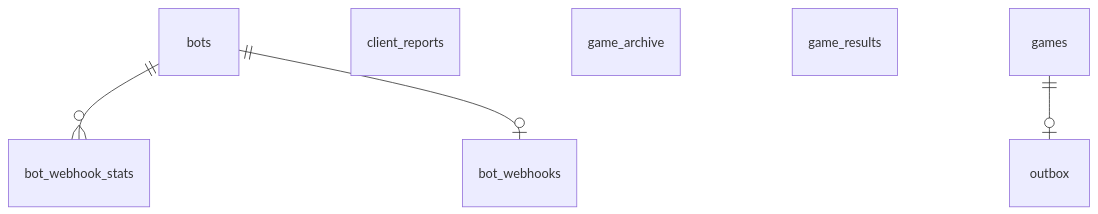
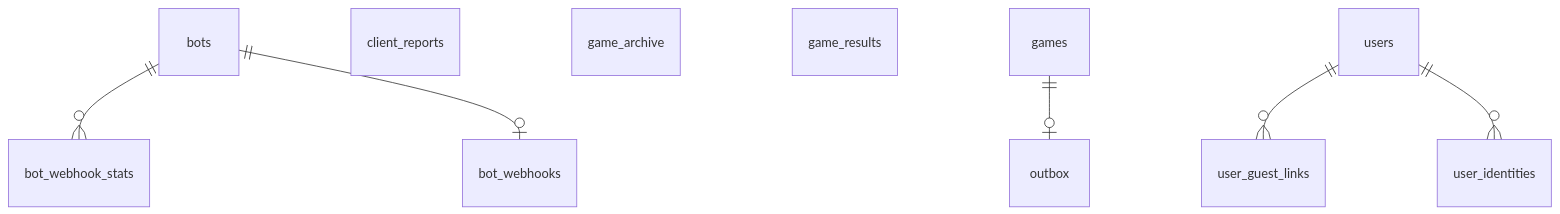
The diagram in contributor-docs/src/content/docs/reference/schema.md (rabestro/dicechess-play-api), drawn with Mermaid before and after one commit. The commit also changed other lines of this file and 6 other files, not shown here.

First line of the commit message:
feat: accounts data model — users, user_identities, user_guest_links

````diff
--- a/contributor-docs/src/content/docs/reference/schema.md
+++ b/contributor-docs/src/content/docs/reference/schema.md
@@ -26,14 +26,19 @@
 ```mermaid
 erDiagram
     bot_webhook_stats
     bot_webhooks
     bots
     client_reports
     game_archive
     game_results
     games
     outbox
+    user_guest_links
+    user_identities
+    users
     bots ||--o{ bot_webhook_stats : ""
     bots ||--o| bot_webhooks : ""
     games ||--o| outbox : ""
+    users ||--o{ user_guest_links : ""
+    users ||--o{ user_identities : ""
 ```
````
